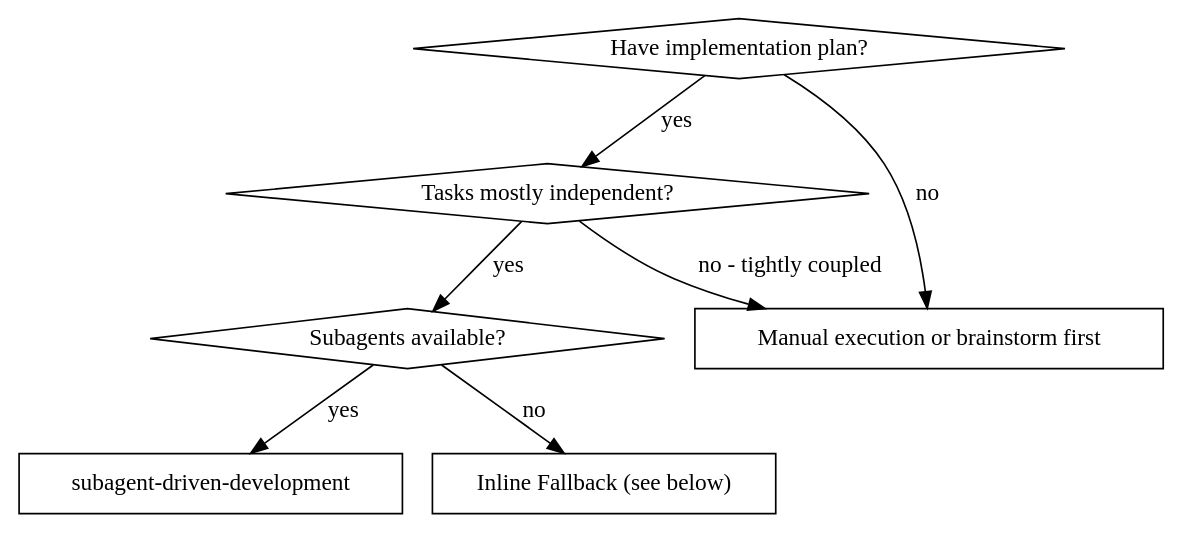
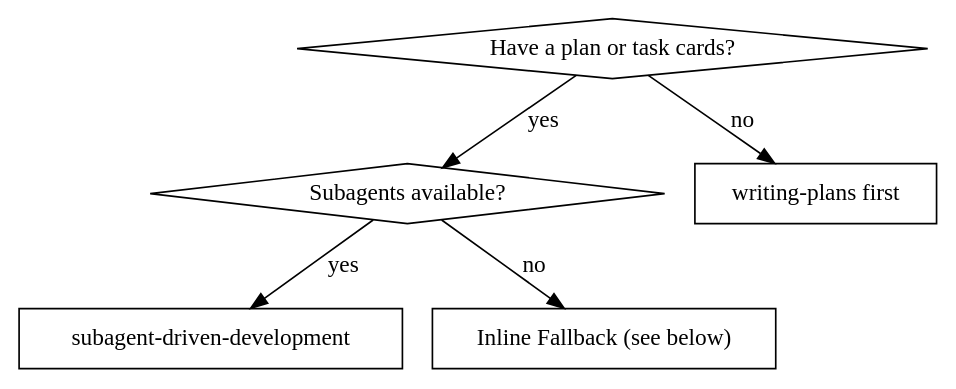
Before and after one commit to Go1c/LumioAgent: the diagram in plugin/skills/subagent-driven-development/SKILL.md, drawn with Graphviz. The commit also changed other lines of this file and 27 other files, not shown here.

````diff
--- a/plugin/skills/subagent-driven-development/SKILL.md
+++ b/plugin/skills/subagent-driven-development/SKILL.md
@@ -21,17 +20,14 @@
 ```dot
 digraph when_to_use {
-    "Have implementation plan?" [shape=diamond];
-    "Tasks mostly independent?" [shape=diamond];
+    "Have a plan or task cards?" [shape=diamond];
     "Subagents available?" [shape=diamond];
     "subagent-driven-development" [shape=box];
     "Inline Fallback (see below)" [shape=box];
-    "Manual execution or brainstorm first" [shape=box];
+    "writing-plans first" [shape=box];
 
-    "Have implementation plan?" -> "Tasks mostly independent?" [label="yes"];
-    "Have implementation plan?" -> "Manual execution or brainstorm first" [label="no"];
-    "Tasks mostly independent?" -> "Subagents available?" [label="yes"];
-    "Tasks mostly independent?" -> "Manual execution or brainstorm first" [label="no - tightly coupled"];
+    "Have a plan or task cards?" -> "Subagents available?" [label="yes"];
+    "Have a plan or task cards?" -> "writing-plans first" [label="no"];
     "Subagents available?" -> "subagent-driven-development" [label="yes"];
     "Subagents available?" -> "Inline Fallback (see below)" [label="no"];
 }
 ```
````
